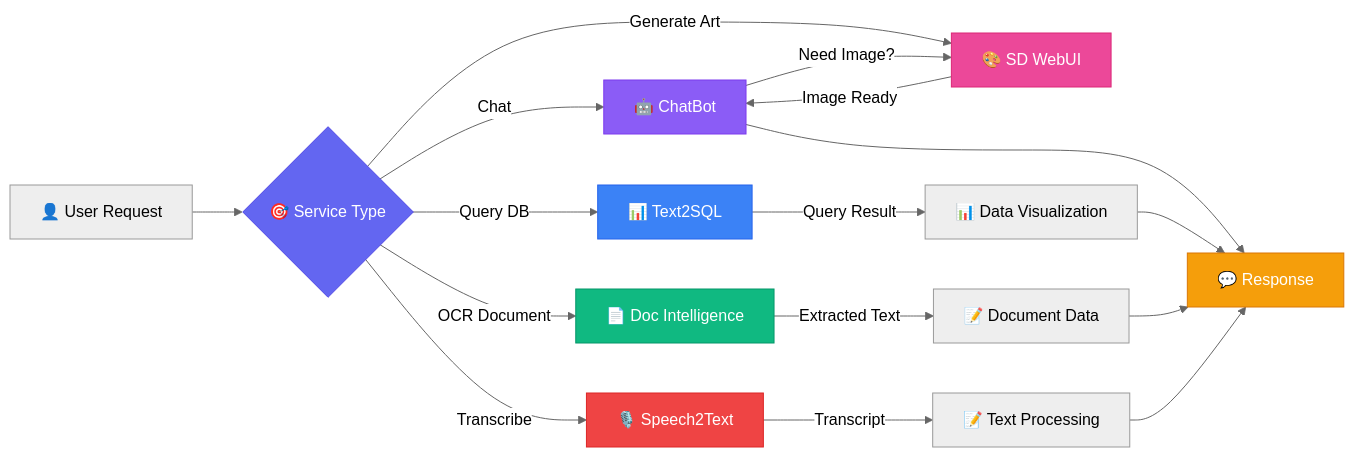
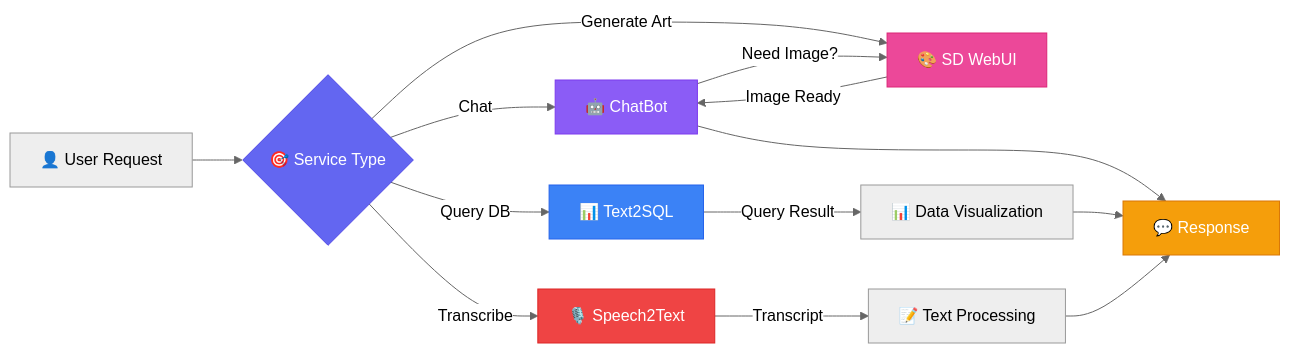
Before and after one commit to SkastVnT/AI-Assistant: the second of 16 diagrams in README.md, drawn with Mermaid (neutral theme). The commit also changed other lines of this file, not shown here.

First line of the commit message:
docs: update README to reflect 4 core services + Hub Gateway architecture

````diff
--- a/README.md
+++ b/README.md
@@ -257,30 +215,26 @@
 ```mermaid
 graph LR
     A[👤 User Request] --> B{🎯 Service Type}
     
     B -->|Chat| C1[🤖 ChatBot]
     B -->|Query DB| C2[📊 Text2SQL]
-    B -->|OCR Document| C3[📄 Doc Intelligence]
-    B -->|Transcribe| C4[🎙️ Speech2Text]
-    B -->|Generate Art| C5[🎨 SD WebUI]
+    B -->|Transcribe| C3[🎙️ Speech2Text]
+    B -->|Generate Art| C4[🎨 SD WebUI]
     
-    C1 -->|Need Image?| C5
-    C5 -->|Image Ready| C1
+    C1 -->|Need Image?| C4
+    C4 -->|Image Ready| C1
     
     C2 -->|Query Result| E[📊 Data Visualization]
-    C3 -->|Extracted Text| F[📝 Document Data]
-    C4 -->|Transcript| G[📝 Text Processing]
+    C3 -->|Transcript| F[📝 Text Processing]
     
-    C1 --> H[💬 Response]
-    E --> H
-    F --> H
-    G --> H
+    C1 --> G[💬 Response]
+    E --> G
+    F --> G
     
     style B fill:#6366F1,stroke:#4F46E5,color:#fff
     style C1 fill:#8B5CF6,stroke:#7C3AED,color:#fff
     style C2 fill:#3B82F6,stroke:#2563EB,color:#fff
-    style C3 fill:#10B981,stroke:#059669,color:#fff
-    style C4 fill:#EF4444,stroke:#DC2626,color:#fff
-    style C5 fill:#EC4899,stroke:#DB2777,color:#fff
-    style H fill:#F59E0B,stroke:#D97706,color:#fff
+    style C3 fill:#EF4444,stroke:#DC2626,color:#fff
+    style C4 fill:#EC4899,stroke:#DB2777,color:#fff
+    style G fill:#F59E0B,stroke:#D97706,color:#fff
 ```
````
